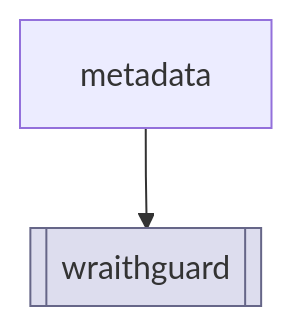
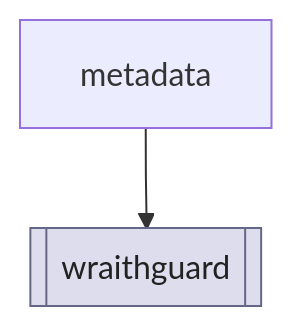
One commit to staticnation/WraithguardToolkit changed diagram 18 of 39 in art/AST-calls.md. Above: the diagram before and after it, drawn with Mermaid. The commit also changed other lines of this file and 25 other files, not shown here.

````diff
--- a/art/AST-calls.md
+++ b/art/AST-calls.md
@@ -632,7 +1280,7 @@
 ```mermaid
 flowchart TD
   n_wraithguard_plugins_metadata["metadata"]
   n_PKG_wraithguard[["wraithguard"]]:::pkglink
   n_wraithguard_plugins_metadata --> n_PKG_wraithguard
-  classDef pkglink fill:#dde,stroke:#668
+  classDef pkglink fill:#dde,stroke:#668,color:#222
 ```
````
